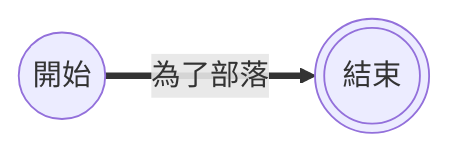
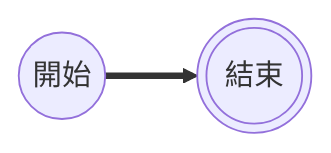
One commit to kuku0508/kuku_note_ver_2 changed the first of 2 diagrams in 知識/程式語言/Mermaid/語法/流程圖/連結目錄/粗箭頭連結.md. Above: the diagram before and after it, drawn with Mermaid. The commit also changed 3 other files, not shown here.

````diff
--- a/知識/程式語言/Mermaid/語法/流程圖/連結目錄/粗箭頭連結.md
+++ b/知識/程式語言/Mermaid/語法/流程圖/連結目錄/粗箭頭連結.md
@@ -2,6 +2,6 @@
 ```Mermaid
 flowchart LR
 A@{shape: circle, label: "開始"}
 B@{shape: dbl-circ, label: "結束"}
-A ==>|為了部落| B
+A ==> B
 ```
````
